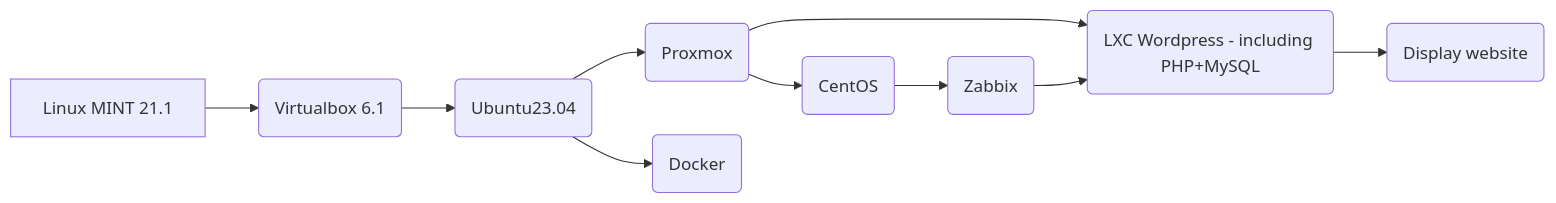
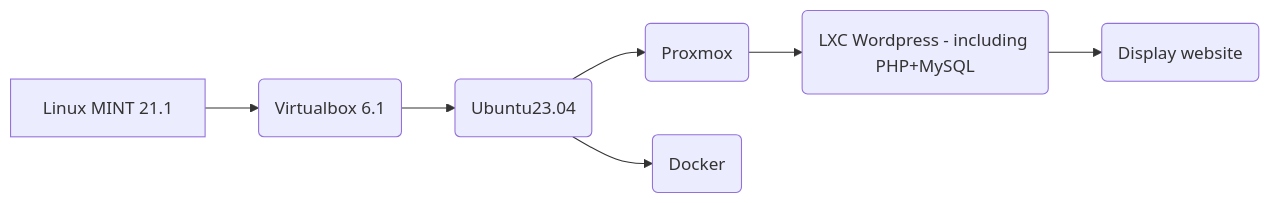
The diagram in Project.md (DanyAAD90/DevOps_junior_Wordpress), drawn with Mermaid before and after one commit.

````diff
--- a/Project.md
+++ b/Project.md
@@ -3,12 +3,9 @@
 ```mermaid
 graph LR
 A[Linux MINT 21.1] --> B(Virtualbox 6.1)
 B --> C(Ubuntu23.04)
 C --> D(Proxmox)
 D --> E(LXC Wordpress - including PHP+MySQL)
 E --> G(Display website)
 C --> F(Docker)
-D --> H(CentOS)
-H --> I(Zabbix)
-I --> E
 ```
````
